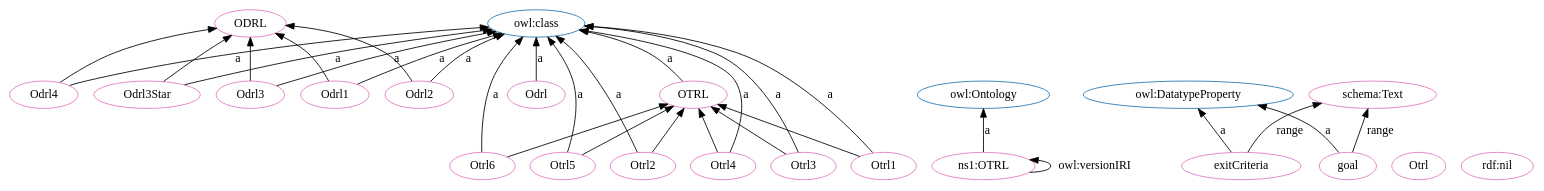
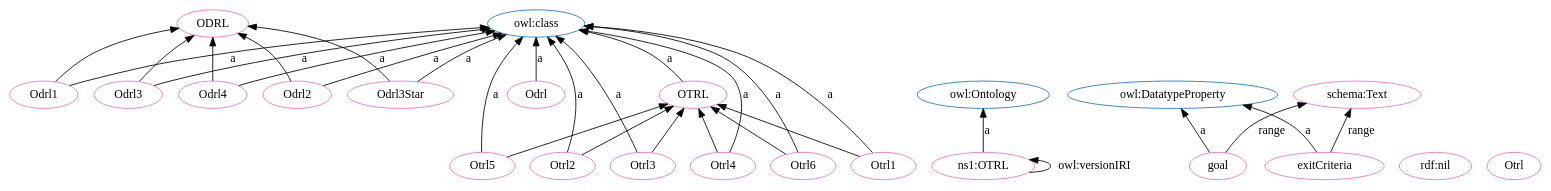
Before and after one commit to OPEN-NEXT/OKH-LOSH: the diagram in OTRL.dot, drawn with Graphviz. The commit also changed other lines of this file and 17 other files, not shown here.

```diff
--- a/OTRL.dot
+++ b/OTRL.dot
@@ -1,59 +1,59 @@
 digraph G {
   rankdir=BT
   node[height=.3]
 "http://purl.org/oseg/ontologies/OTRL#ODRL" [fillcolor="#1f77b4" color="#1f77b4" label="ODRL"]
-"http://purl.org/oseg/ontologies/OTRL#OTRL" [fillcolor="#1f77b4" color="#1f77b4" label="OTRL"]
 "http://www.w3.org/2002/07/owl#class" [fillcolor="#1f77b4" color="#1f77b4" label="owl:class"]
 "http://www.w3.org/2002/07/owl#Ontology" [fillcolor="#1f77b4" color="#1f77b4" label="owl:Ontology"]
 "http://www.w3.org/2002/07/owl#DatatypeProperty" [fillcolor="#1f77b4" color="#1f77b4" label="owl:DatatypeProperty"]
+"http://purl.org/oseg/ontologies/OTRL#OTRL" [fillcolor="#1f77b4" color="#1f77b4" label="OTRL"]
 "http://purl.org/oseg/ontologies/OTRL#OTRL" [fillcolor="#e377c2" color="#e377c2" label="OTRL"]
+"http://schema.org/Text" [fillcolor="#e377c2" color="#e377c2" label="schema:Text"]
 "http://purl.org/oseg/ontologies/OTRL#ODRL" [fillcolor="#e377c2" color="#e377c2" label="ODRL"]
+"http://www.w3.org/1999/02/22-rdf-syntax-ns#nil" [fillcolor="#e377c2" color="#e377c2" label="rdf:nil"]
+"http://purl.org/oseg/ontologies/OTRL" [fillcolor="#e377c2" color="#e377c2" label="ns1:OTRL"]
+"http://purl.org/oseg/ontologies/OTRL#goal" [fillcolor="#e377c2" color="#e377c2" label="goal"]
+"http://purl.org/oseg/ontologies/OTRL#Otrl" [fillcolor="#e377c2" color="#e377c2" label="Otrl"]
 "http://purl.org/oseg/ontologies/OTRL#Odrl" [fillcolor="#e377c2" color="#e377c2" label="Odrl"]
-"http://purl.org/oseg/ontologies/OTRL#Otrl" [fillcolor="#e377c2" color="#e377c2" label="Otrl"]
-"http://purl.org/oseg/ontologies/OTRL" [fillcolor="#e377c2" color="#e377c2" label="ns1:OTRL"]
-"http://purl.org/oseg/ontologies/OTRL#Odrl4" [fillcolor="#e377c2" color="#e377c2" label="Odrl4"]
-"http://purl.org/oseg/ontologies/OTRL#Otrl6" [fillcolor="#e377c2" color="#e377c2" label="Otrl6"]
-"http://schema.org/Text" [fillcolor="#e377c2" color="#e377c2" label="schema:Text"]
-"http://purl.org/oseg/ontologies/OTRL#exitCriteria" [fillcolor="#e377c2" color="#e377c2" label="exitCriteria"]
 "http://purl.org/oseg/ontologies/OTRL#Otrl5" [fillcolor="#e377c2" color="#e377c2" label="Otrl5"]
-"http://purl.org/oseg/ontologies/OTRL#Odrl3Star" [fillcolor="#e377c2" color="#e377c2" label="Odrl3Star"]
 "http://purl.org/oseg/ontologies/OTRL#Otrl2" [fillcolor="#e377c2" color="#e377c2" label="Otrl2"]
-"http://www.w3.org/1999/02/22-rdf-syntax-ns#nil" [fillcolor="#e377c2" color="#e377c2" label="rdf:nil"]
-"http://purl.org/oseg/ontologies/OTRL#Otrl4" [fillcolor="#e377c2" color="#e377c2" label="Otrl4"]
-"http://purl.org/oseg/ontologies/OTRL#Odrl3" [fillcolor="#e377c2" color="#e377c2" label="Odrl3"]
-"http://purl.org/oseg/ontologies/OTRL#goal" [fillcolor="#e377c2" color="#e377c2" label="goal"]
 "http://purl.org/oseg/ontologies/OTRL#Odrl1" [fillcolor="#e377c2" color="#e377c2" label="Odrl1"]
 "http://purl.org/oseg/ontologies/OTRL#Otrl3" [fillcolor="#e377c2" color="#e377c2" label="Otrl3"]
+"http://purl.org/oseg/ontologies/OTRL#Odrl3" [fillcolor="#e377c2" color="#e377c2" label="Odrl3"]
+"http://purl.org/oseg/ontologies/OTRL#Odrl4" [fillcolor="#e377c2" color="#e377c2" label="Odrl4"]
+"http://purl.org/oseg/ontologies/OTRL#exitCriteria" [fillcolor="#e377c2" color="#e377c2" label="exitCriteria"]
+"http://purl.org/oseg/ontologies/OTRL#Odrl2" [fillcolor="#e377c2" color="#e377c2" label="Odrl2"]
+"http://purl.org/oseg/ontologies/OTRL#Otrl4" [fillcolor="#e377c2" color="#e377c2" label="Otrl4"]
+"http://purl.org/oseg/ontologies/OTRL#Otrl6" [fillcolor="#e377c2" color="#e377c2" label="Otrl6"]
+"http://purl.org/oseg/ontologies/OTRL#Odrl3Star" [fillcolor="#e377c2" color="#e377c2" label="Odrl3Star"]
 "http://purl.org/oseg/ontologies/OTRL#Otrl1" [fillcolor="#e377c2" color="#e377c2" label="Otrl1"]
-"http://purl.org/oseg/ontologies/OTRL#Odrl2" [fillcolor="#e377c2" color="#e377c2" label="Odrl2"]
-  "http://purl.org/oseg/ontologies/OTRL#Odrl3Star" -> "http://purl.org/oseg/ontologies/OTRL#ODRL" [label=""]
+  "http://purl.org/oseg/ontologies/OTRL#Otrl3" -> "http://purl.org/oseg/ontologies/OTRL#OTRL" [label=""]
+  "http://purl.org/oseg/ontologies/OTRL#exitCriteria" -> "http://schema.org/Text" [label="range"]
+  "http://purl.org/oseg/ontologies/OTRL#Odrl4" -> "http://purl.org/oseg/ontologies/OTRL#ODRL" [label=""]
   "http://purl.org/oseg/ontologies/OTRL#Odrl" -> "http://www.w3.org/2002/07/owl#class" [label="a"]
+  "http://purl.org/oseg/ontologies/OTRL#Otrl6" -> "http://purl.org/oseg/ontologies/OTRL#OTRL" [label=""]
+  "http://purl.org/oseg/ontologies/OTRL#Odrl4" -> "http://www.w3.org/2002/07/owl#class" [label="a"]
+  "http://purl.org/oseg/ontologies/OTRL#exitCriteria" -> "http://www.w3.org/2002/07/owl#DatatypeProperty" [label="a"]
   "http://purl.org/oseg/ontologies/OTRL" -> "http://www.w3.org/2002/07/owl#Ontology" [label="a"]
   "http://purl.org/oseg/ontologies/OTRL#Otrl6" -> "http://www.w3.org/2002/07/owl#class" [label="a"]
+  "http://purl.org/oseg/ontologies/OTRL#Otrl1" -> "http://www.w3.org/2002/07/owl#class" [label="a"]
+  "http://purl.org/oseg/ontologies/OTRL" -> "http://purl.org/oseg/ontologies/OTRL" [label="owl:versionIRI"]
+  "http://purl.org/oseg/ontologies/OTRL#goal" -> "http://www.w3.org/2002/07/owl#DatatypeProperty" [label="a"]
+  "http://purl.org/oseg/ontologies/OTRL#Odrl2" -> "http://purl.org/oseg/ontologies/OTRL#ODRL" [label=""]
+  "http://purl.org/oseg/ontologies/OTRL#Odrl1" -> "http://purl.org/oseg/ontologies/OTRL#ODRL" [label=""]
+  "http://purl.org/oseg/ontologies/OTRL#Otrl5" -> "http://www.w3.org/2002/07/owl#class" [label="a"]
+  "http://purl.org/oseg/ontologies/OTRL#Otrl2" -> "http://www.w3.org/2002/07/owl#class" [label="a"]
   "http://purl.org/oseg/ontologies/OTRL#Otrl5" -> "http://purl.org/oseg/ontologies/OTRL#OTRL" [label=""]
-  "http://purl.org/oseg/ontologies/OTRL#goal" -> "http://www.w3.org/2002/07/owl#DatatypeProperty" [label="a"]
+  "http://purl.org/oseg/ontologies/OTRL#Otrl2" -> "http://purl.org/oseg/ontologies/OTRL#OTRL" [label=""]
+  "http://purl.org/oseg/ontologies/OTRL#Odrl3" -> "http://purl.org/oseg/ontologies/OTRL#ODRL" [label=""]
+  "http://purl.org/oseg/ontologies/OTRL#Odrl3Star" -> "http://purl.org/oseg/ontologies/OTRL#ODRL" [label=""]
+  "http://purl.org/oseg/ontologies/OTRL#Odrl1" -> "http://www.w3.org/2002/07/owl#class" [label="a"]
+  "http://purl.org/oseg/ontologies/OTRL#Otrl3" -> "http://www.w3.org/2002/07/owl#class" [label="a"]
+  "http://purl.org/oseg/ontologies/OTRL#Odrl3" -> "http://www.w3.org/2002/07/owl#class" [label="a"]
+  "http://purl.org/oseg/ontologies/OTRL#Otrl1" -> "http://purl.org/oseg/ontologies/OTRL#OTRL" [label=""]
+  "http://purl.org/oseg/ontologies/OTRL#OTRL" -> "http://www.w3.org/2002/07/owl#class" [label="a"]
+  "http://purl.org/oseg/ontologies/OTRL#Odrl2" -> "http://www.w3.org/2002/07/owl#class" [label="a"]
+  "http://purl.org/oseg/ontologies/OTRL#Otrl4" -> "http://www.w3.org/2002/07/owl#class" [label="a"]
+  "http://purl.org/oseg/ontologies/OTRL#Otrl4" -> "http://purl.org/oseg/ontologies/OTRL#OTRL" [label=""]
   "http://purl.org/oseg/ontologies/OTRL#goal" -> "http://schema.org/Text" [label="range"]
-  "http://purl.org/oseg/ontologies/OTRL#Odrl2" -> "http://www.w3.org/2002/07/owl#class" [label="a"]
-  "http://purl.org/oseg/ontologies/OTRL#Otrl1" -> "http://purl.org/oseg/ontologies/OTRL#OTRL" [label=""]
-  "http://purl.org/oseg/ontologies/OTRL" -> "http://purl.org/oseg/ontologies/OTRL" [label="owl:versionIRI"]
-  "http://purl.org/oseg/ontologies/OTRL#Otrl2" -> "http://purl.org/oseg/ontologies/OTRL#OTRL" [label=""]
-  "http://purl.org/oseg/ontologies/OTRL#Otrl4" -> "http://purl.org/oseg/ontologies/OTRL#OTRL" [label=""]
-  "http://purl.org/oseg/ontologies/OTRL#Odrl4" -> "http://www.w3.org/2002/07/owl#class" [label="a"]
-  "http://purl.org/oseg/ontologies/OTRL#exitCriteria" -> "http://schema.org/Text" [label="range"]
-  "http://purl.org/oseg/ontologies/OTRL#exitCriteria" -> "http://www.w3.org/2002/07/owl#DatatypeProperty" [label="a"]
-  "http://purl.org/oseg/ontologies/OTRL#Otrl5" -> "http://www.w3.org/2002/07/owl#class" [label="a"]
   "http://purl.org/oseg/ontologies/OTRL#Odrl3Star" -> "http://www.w3.org/2002/07/owl#class" [label="a"]
-  "http://purl.org/oseg/ontologies/OTRL#Odrl2" -> "http://purl.org/oseg/ontologies/OTRL#ODRL" [label=""]
-  "http://purl.org/oseg/ontologies/OTRL#Otrl2" -> "http://www.w3.org/2002/07/owl#class" [label="a"]
-  "http://purl.org/oseg/ontologies/OTRL#Otrl4" -> "http://www.w3.org/2002/07/owl#class" [label="a"]
-  "http://purl.org/oseg/ontologies/OTRL#Odrl3" -> "http://www.w3.org/2002/07/owl#class" [label="a"]
-  "http://purl.org/oseg/ontologies/OTRL#Odrl3" -> "http://purl.org/oseg/ontologies/OTRL#ODRL" [label=""]
-  "http://purl.org/oseg/ontologies/OTRL#Odrl1" -> "http://www.w3.org/2002/07/owl#class" [label="a"]
-  "http://purl.org/oseg/ontologies/OTRL#OTRL" -> "http://www.w3.org/2002/07/owl#class" [label="a"]
-  "http://purl.org/oseg/ontologies/OTRL#Otrl3" -> "http://www.w3.org/2002/07/owl#class" [label="a"]
-  "http://purl.org/oseg/ontologies/OTRL#Otrl3" -> "http://purl.org/oseg/ontologies/OTRL#OTRL" [label=""]
-  "http://purl.org/oseg/ontologies/OTRL#Otrl6" -> "http://purl.org/oseg/ontologies/OTRL#OTRL" [label=""]
-  "http://purl.org/oseg/ontologies/OTRL#Odrl1" -> "http://purl.org/oseg/ontologies/OTRL#ODRL" [label=""]
-  "http://purl.org/oseg/ontologies/OTRL#Otrl1" -> "http://www.w3.org/2002/07/owl#class" [label="a"]
-  "http://purl.org/oseg/ontologies/OTRL#Odrl4" -> "http://purl.org/oseg/ontologies/OTRL#ODRL" [label=""]
 }
```
